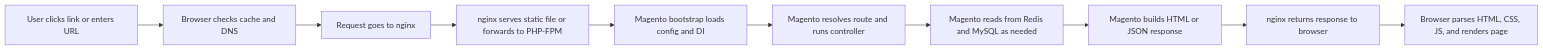
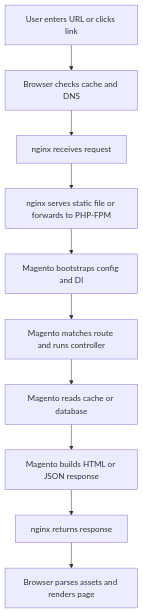
Before and after one commit to jambardnishvili/web-dev-magento-learning: the diagram in docs/01-web-foundations/how-the-web-works-end-to-end.md, drawn with Mermaid. The commit also changed 2 other files, not shown here.

Commit message:
Improve Mermaid diagram readability

````diff
--- a/docs/01-web-foundations/how-the-web-works-end-to-end.md
+++ b/docs/01-web-foundations/how-the-web-works-end-to-end.md
@@ -7,12 +7,15 @@
 ```mermaid
-flowchart LR
-    A["User clicks link or enters URL"] --> B["Browser checks cache and DNS"]
-    B --> C["Request goes to nginx"]
-    C --> D["nginx serves static file or forwards to PHP-FPM"]
-    D --> E["Magento bootstrap loads config and DI"]
-    E --> F["Magento resolves route and runs controller"]
-    F --> G["Magento reads from Redis and MySQL as needed"]
-    G --> H["Magento builds HTML or JSON response"]
-    H --> I["nginx returns response to browser"]
-    I --> J["Browser parses HTML, CSS, JS, and renders page"]
+flowchart TB
+    A["User enters URL or clicks link"]
+    B["Browser checks cache and DNS"]
+    C["nginx receives request"]
+    D["nginx serves static file or forwards to PHP-FPM"]
+    E["Magento bootstraps config and DI"]
+    F["Magento matches route and runs controller"]
+    G["Magento reads cache or database"]
+    H["Magento builds HTML or JSON response"]
+    I["nginx returns response"]
+    J["Browser parses assets and renders page"]
+
+    A --> B --> C --> D --> E --> F --> G --> H --> I --> J
 ```
````
